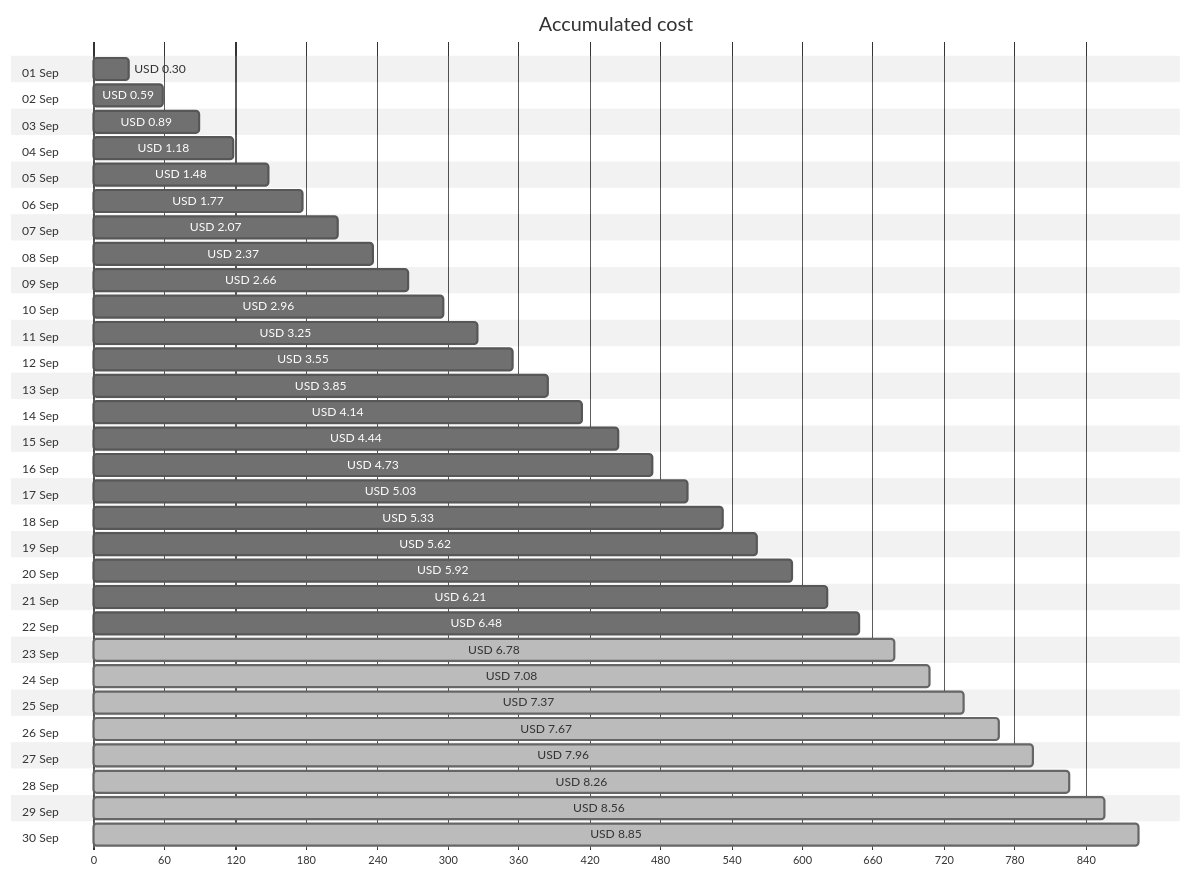
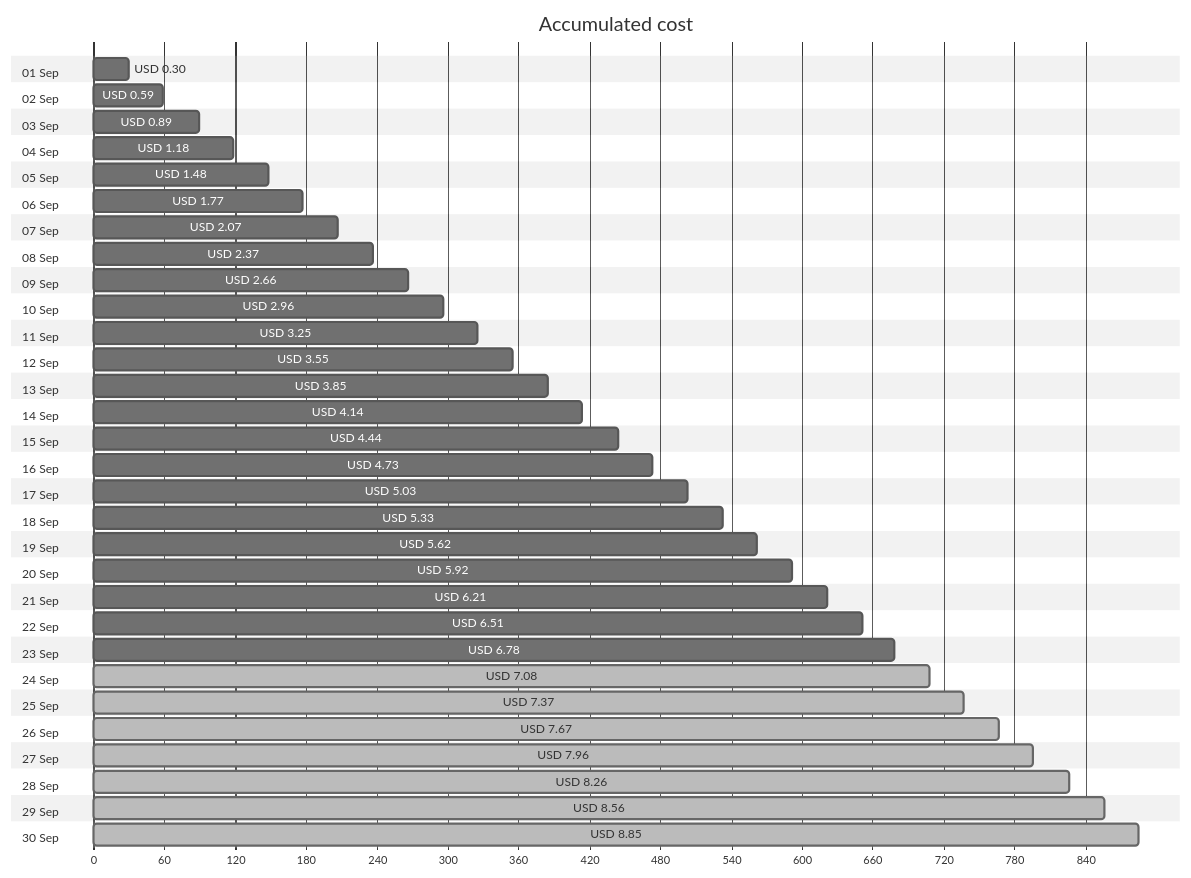
One commit to jpfulton/azure-personal-reports changed the first of 4 diagrams in cost-reports/personal-site/personal-site-preview.md. Above: the diagram before and after it, drawn with Mermaid (neutral theme). The commit also changed other lines of this file and 7 other files, not shown here.

````diff
--- a/cost-reports/personal-site/personal-site-preview.md
+++ b/cost-reports/personal-site/personal-site-preview.md
@@ -20,66 +20,66 @@
 ```mermaid
 gantt
    title Accumulated cost
    dateFormat  X
    axisFormat %s
    section 01 Sep
    USD 0.30 :0, 30
    section 02 Sep
    USD 0.59 :0, 59
    section 03 Sep
    USD 0.89 :0, 89
    section 04 Sep
    USD 1.18 :0, 118
    section 05 Sep
    USD 1.48 :0, 148
    section 06 Sep
    USD 1.77 :0, 177
    section 07 Sep
    USD 2.07 :0, 207
    section 08 Sep
    USD 2.37 :0, 237
    section 09 Sep
    USD 2.66 :0, 266
    section 10 Sep
    USD 2.96 :0, 296
    section 11 Sep
    USD 3.25 :0, 325
    section 12 Sep
    USD 3.55 :0, 355
    section 13 Sep
    USD 3.85 :0, 385
    section 14 Sep
    USD 4.14 :0, 414
    section 15 Sep
    USD 4.44 :0, 444
    section 16 Sep
    USD 4.73 :0, 473
    section 17 Sep
    USD 5.03 :0, 503
    section 18 Sep
    USD 5.33 :0, 533
    section 19 Sep
    USD 5.62 :0, 562
    section 20 Sep
    USD 5.92 :0, 592
    section 21 Sep
    USD 6.21 :0, 621
    section 22 Sep
-   USD 6.48 :0, 648
+   USD 6.51 :0, 651
    section 23 Sep
-   USD 6.78 : done, 0, 678
+   USD 6.78 :0, 678
    section 24 Sep
    USD 7.08 : done, 0, 708
    section 25 Sep
    USD 7.37 : done, 0, 737
    section 26 Sep
    USD 7.67 : done, 0, 767
    section 27 Sep
    USD 7.96 : done, 0, 796
    section 28 Sep
    USD 8.26 : done, 0, 826
    section 29 Sep
    USD 8.56 : done, 0, 856
    section 30 Sep
    USD 8.85 : done, 0, 885
 ```
````
